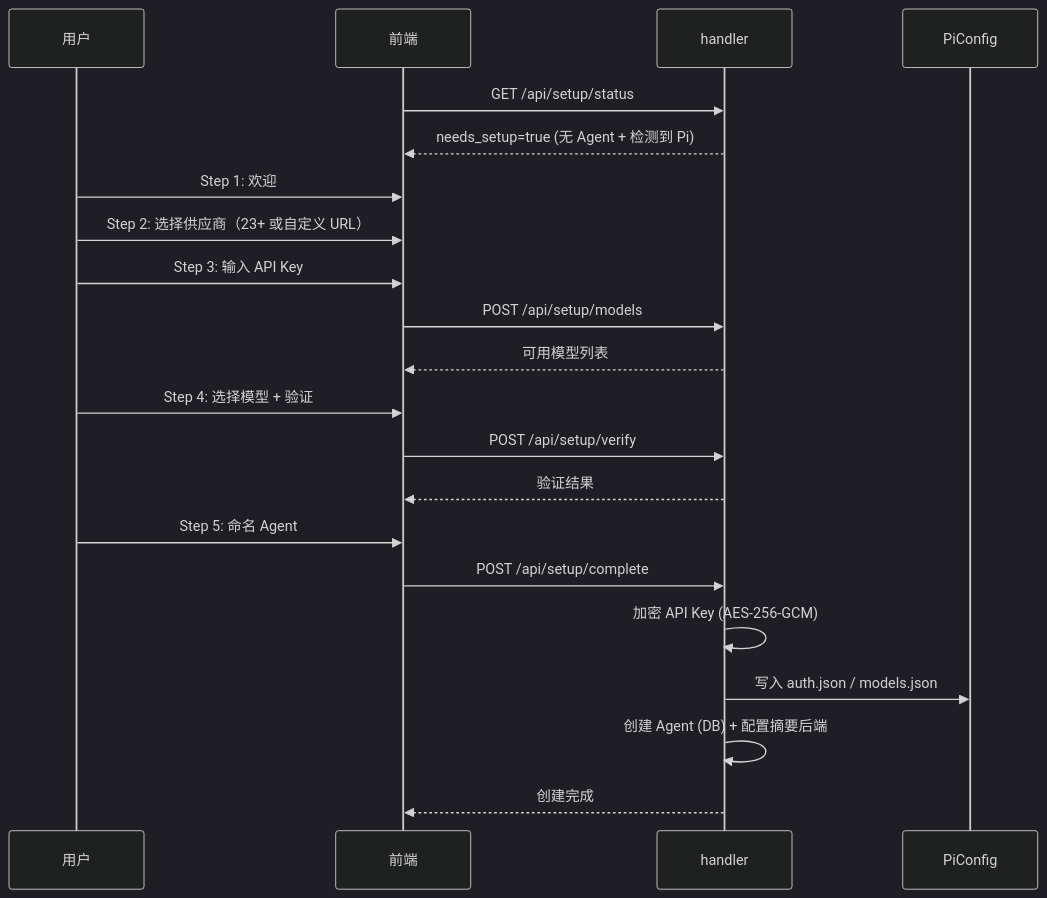
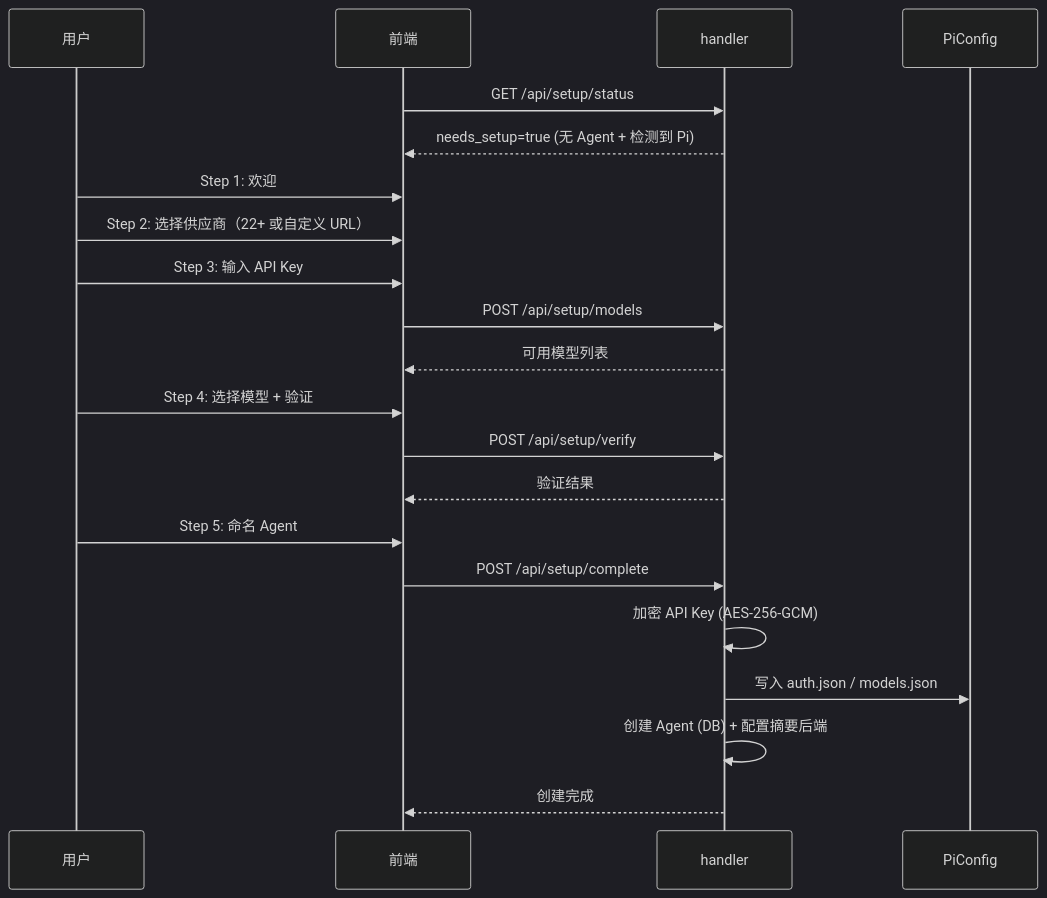
Before and after one commit to ql-isaac/clawbench: the first of 2 diagrams in docs/spec/features/setup-wizard.md, drawn with Mermaid (dark theme). The commit also changed other lines of this file and 5 other files, not shown here.

````diff
--- a/docs/spec/features/setup-wizard.md
+++ b/docs/spec/features/setup-wizard.md
@@ -9,25 +9,25 @@
 ```mermaid
 sequenceDiagram
     participant 用户
     participant 前端
     participant handler
     participant PiConfig
 
     前端->>handler: GET /api/setup/status
     handler-->>前端: needs_setup=true (无 Agent + 检测到 Pi)
 
     用户->>前端: Step 1: 欢迎
-    用户->>前端: Step 2: 选择供应商（23+ 或自定义 URL）
+    用户->>前端: Step 2: 选择供应商（22+ 或自定义 URL）
     用户->>前端: Step 3: 输入 API Key
     前端->>handler: POST /api/setup/models
     handler-->>前端: 可用模型列表
     用户->>前端: Step 4: 选择模型 + 验证
     前端->>handler: POST /api/setup/verify
     handler-->>前端: 验证结果
     用户->>前端: Step 5: 命名 Agent
     前端->>handler: POST /api/setup/complete
     handler->>handler: 加密 API Key (AES-256-GCM)
     handler->>PiConfig: 写入 auth.json / models.json
     handler->>handler: 创建 Agent (DB) + 配置摘要后端
     handler-->>前端: 创建完成
 ```
````
